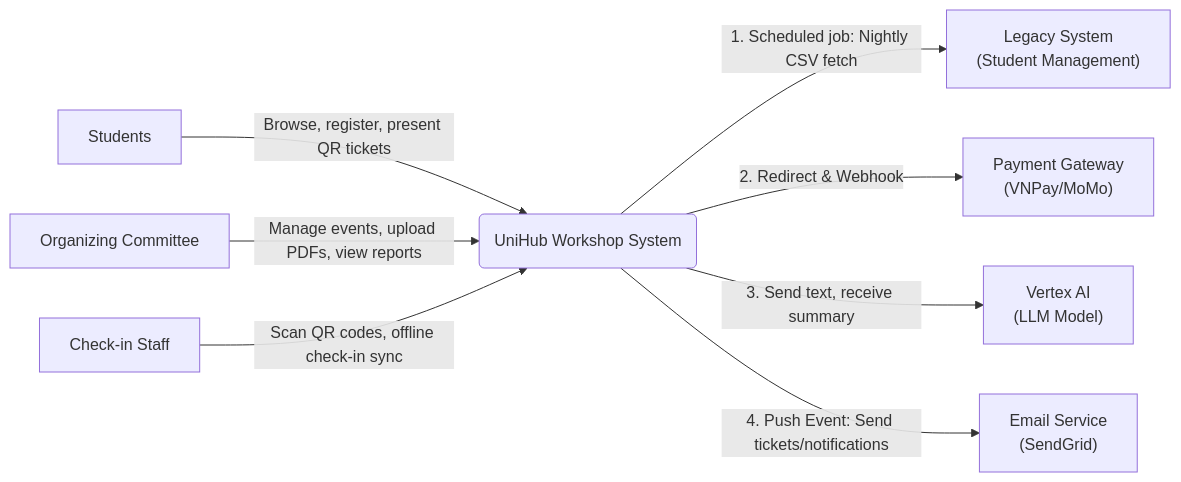
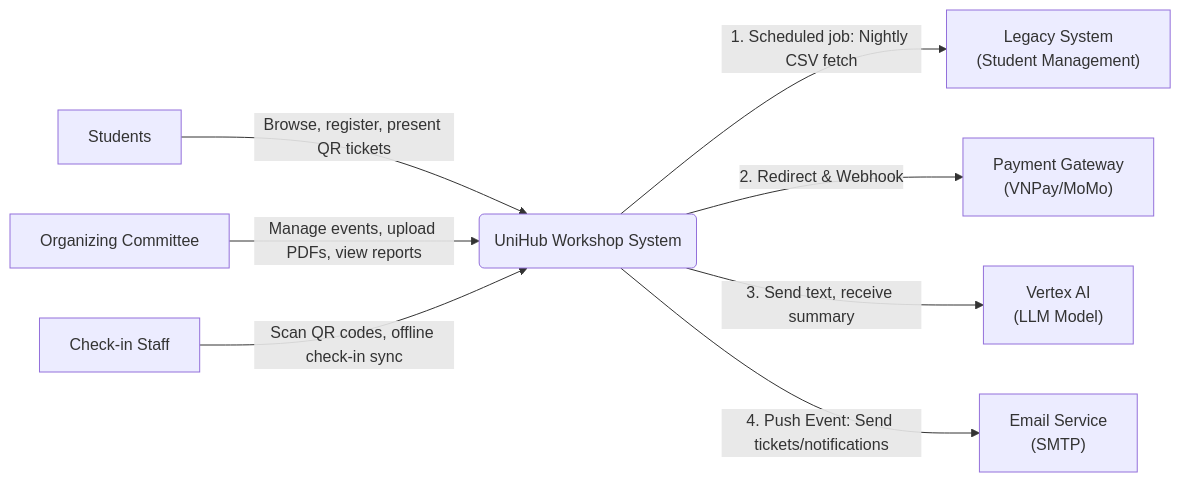
One commit to AkiraTomori/unihub_workshop changed the first of 8 diagrams in blueprint/design.md. Above: the diagram before and after it, drawn with Mermaid. The commit also changed 17 other files, not shown here.

````diff
--- a/blueprint/design.md
+++ b/blueprint/design.md
@@ -17,27 +17,27 @@
 ```mermaid
 flowchart LR
     %% Actors
     student["Students"]
     committee["Organizing Committee"]
     staff["Check-in Staff"]
 
     %% Central System
     system("UniHub Workshop System")
 
     %% External Systems
     legacy["Legacy System<br/>(Student Management)"]
     payment["Payment Gateway<br/>(VNPay/MoMo)"]
     ai["Vertex AI<br/>(LLM Model)"]
-    email["Email Service<br/>(SendGrid)"]
+    email["Email Service<br/>(SMTP)"]
 
     %% Actor to System
     student -->|"Browse, register, present QR tickets"| system
     committee -->|"Manage events, upload PDFs, view reports"| system
     staff -->|"Scan QR codes, offline check-in sync"| system
 
     %% System to External
     system -->|"1. Scheduled job: Nightly CSV fetch"| legacy
     system -->|"2. Redirect & Webhook"| payment
     system -->|"3. Send text, receive summary"| ai
     system -->|"4. Push Event: Send tickets/notifications"| email
 ```
````
